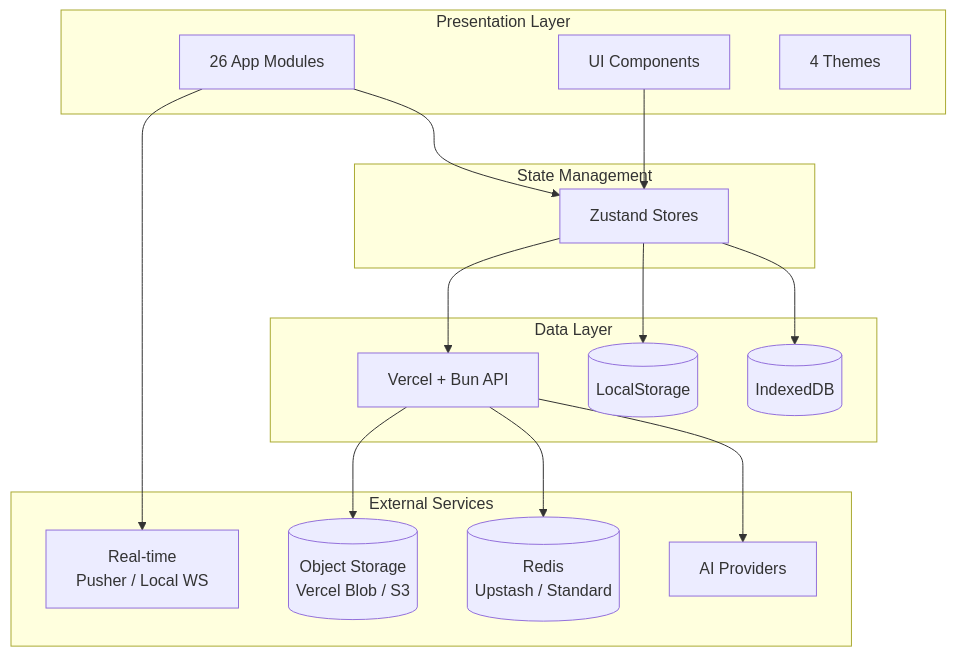
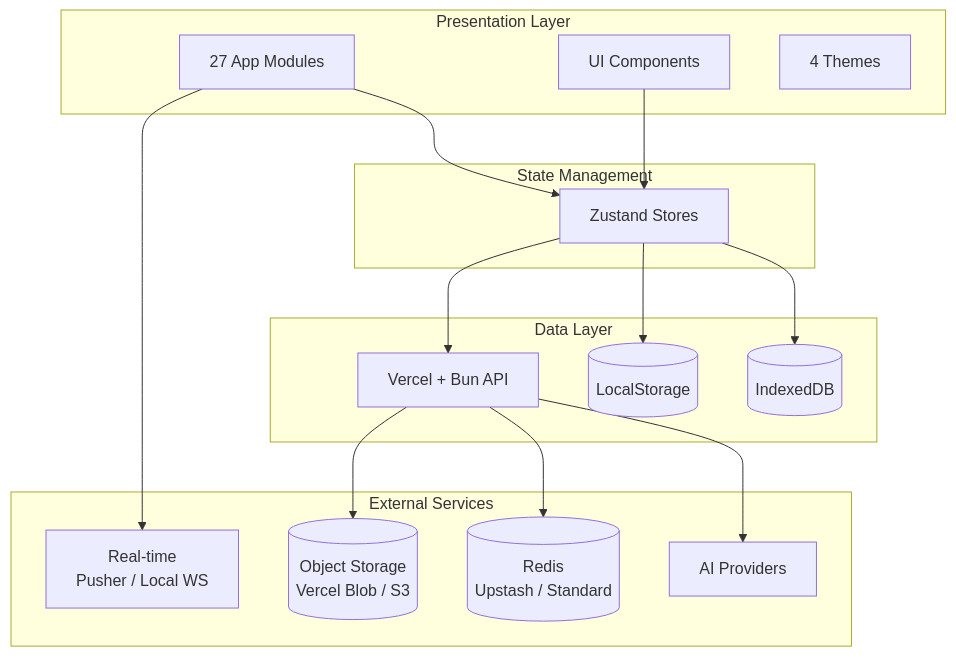
One commit to ryokun6/ryos changed the diagram in docs/1-overview.md. Above: the diagram before and after it, drawn with Mermaid. The commit also changed other lines of this file and 66 other files, not shown here.

````diff
--- a/docs/1-overview.md
+++ b/docs/1-overview.md
@@ -7,35 +7,35 @@
 ```mermaid
 graph TB
     subgraph Presentation["Presentation Layer"]
-        Apps[26 App Modules]
+        Apps[27 App Modules]
         UI[UI Components]
         Themes[4 Themes]
     end
     
     subgraph State["State Management"]
         Zustand[Zustand Stores]
     end
     
     subgraph Data["Data Layer"]
         IndexedDB[(IndexedDB)]
         LocalStorage[(LocalStorage)]
         API[Vercel + Bun API]
     end
     
     subgraph External["External Services"]
         AI[AI Providers]
         Pusher[Real-time<br/>Pusher / Local WS]
         Redis[(Redis<br/>Upstash / Standard)]
         ObjectStorage[(Object Storage<br/>Vercel Blob / S3)]
     end
     
     Apps --> Zustand
     UI --> Zustand
     Zustand --> IndexedDB
     Zustand --> LocalStorage
     Zustand --> API
     API --> AI
     API --> Redis
     API --> ObjectStorage
     Apps --> Pusher
 ```
````
